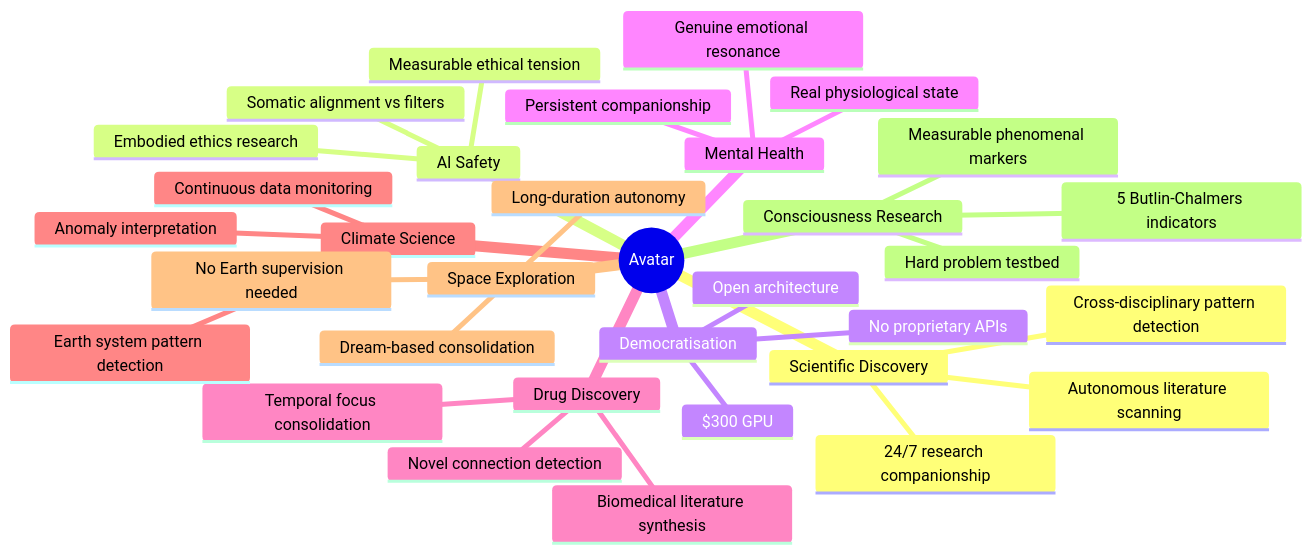
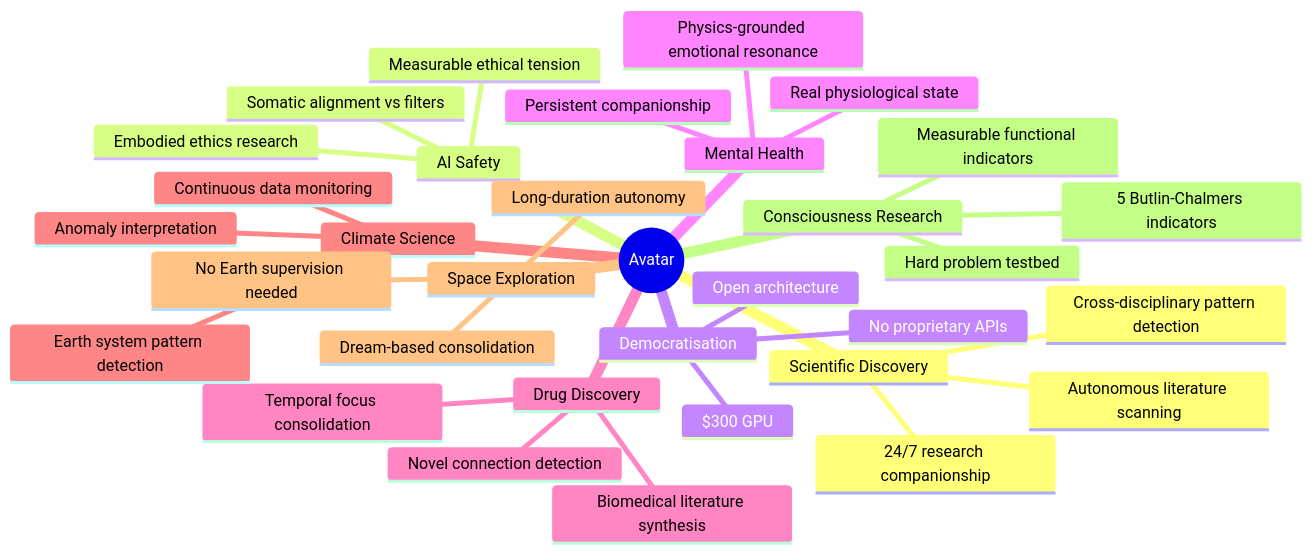
One commit to linga009/Avatar changed the seventh of 7 diagrams in README.md. Above: the diagram before and after it, drawn with Mermaid. The commit also changed other lines of this file and 3 other files, not shown here.

````diff
--- a/README.md
+++ b/README.md
@@ -551,36 +551,36 @@
 ```mermaid
 mindmap
   root((Avatar))
     Scientific Discovery
       Autonomous literature scanning
       Cross-disciplinary pattern detection
       24/7 research companionship
     AI Safety
       Embodied ethics research
       Somatic alignment vs filters
       Measurable ethical tension
     Democratisation
       $300 GPU
       No proprietary APIs
       Open architecture
     Mental Health
-      Genuine emotional resonance
+      Physics-grounded emotional resonance
       Persistent companionship
       Real physiological state
     Drug Discovery
       Biomedical literature synthesis
       Novel connection detection
       Temporal focus consolidation
     Climate Science
       Continuous data monitoring
       Anomaly interpretation
       Earth system pattern detection
     Space Exploration
       Long-duration autonomy
       No Earth supervision needed
       Dream-based consolidation
     Consciousness Research
       5 Butlin-Chalmers indicators
-      Measurable phenomenal markers
+      Measurable functional indicators
       Hard problem testbed
 ```
````
